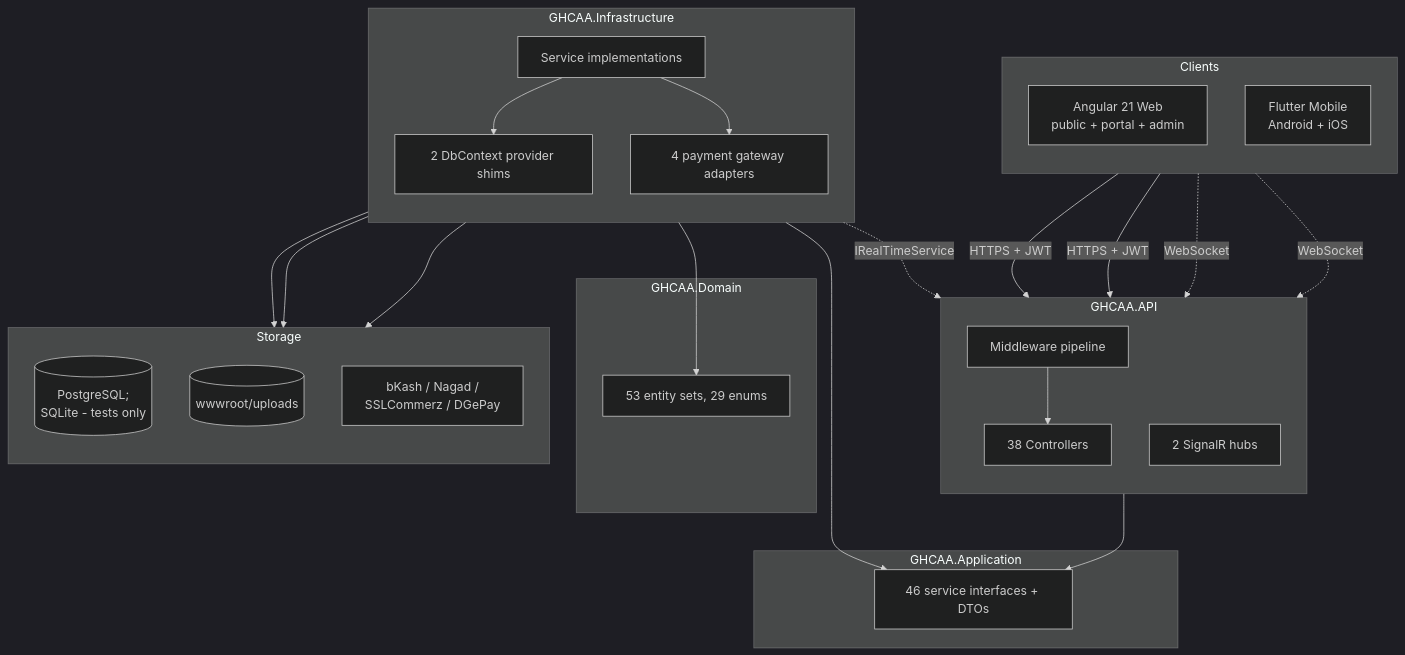
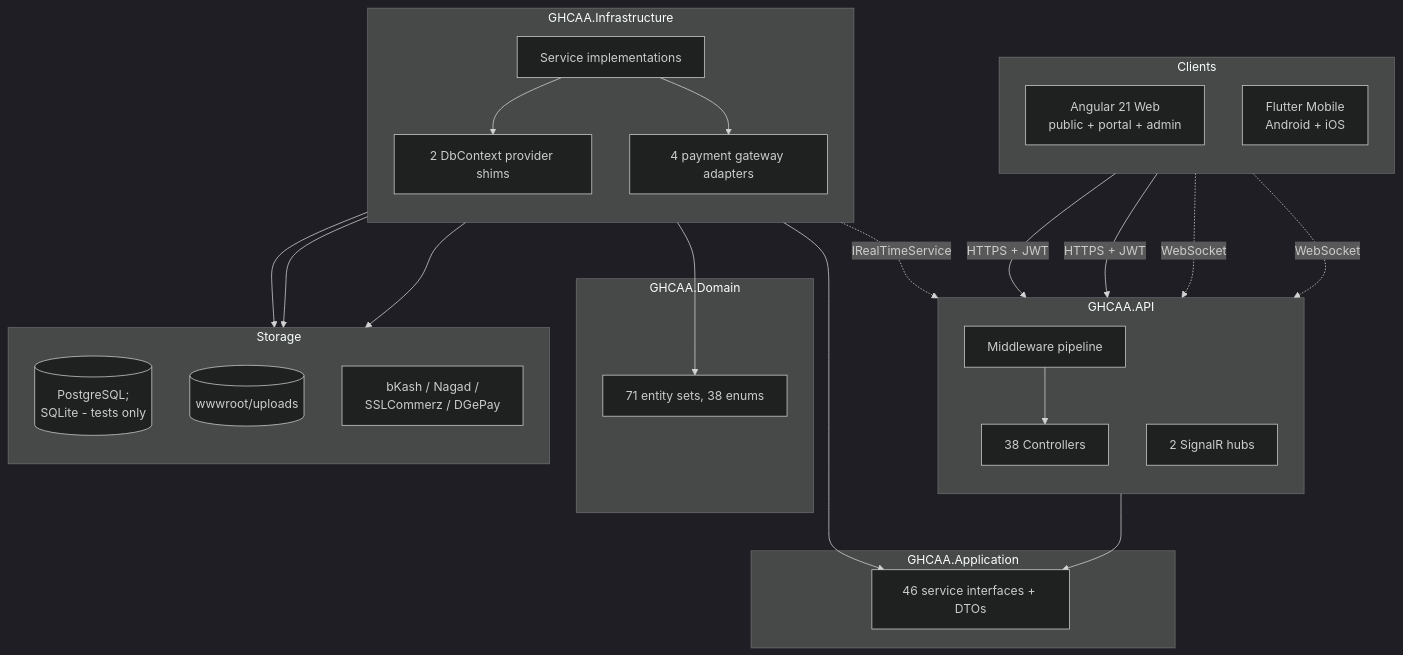
Before and after one commit to shalin-rahman/GHCAA: the first of 13 diagrams in docs/book/06-architecture.md, drawn with Mermaid (dark theme). The commit also changed other lines of this file and 12 other files, not shown here.

````diff
--- a/docs/book/06-architecture.md
+++ b/docs/book/06-architecture.md
@@ -626,44 +626,44 @@
 ```mermaid
 flowchart TB
     subgraph Clients
       direction TB
       WEB[Angular 21 Web<br/>public + portal + admin]
       MOB[Flutter Mobile<br/>Android + iOS]
     end
     subgraph API_L["GHCAA.API"]
       direction TB
       MW[Middleware pipeline]
       CTRL[38 Controllers]
       HUB[2 SignalR hubs]
     end
     subgraph APP_L["GHCAA.Application"]
       IFACE[46 service interfaces + DTOs]
     end
     subgraph INF_L["GHCAA.Infrastructure"]
       direction TB
       SVC[Service implementations]
       GW[4 payment gateway adapters]
       DBC[2 DbContext provider shims]
     end
     subgraph DOM_L["GHCAA.Domain"]
-      ENT[53 entity sets, 29 enums]
+      ENT[71 entity sets, 38 enums]
     end
     subgraph STORE["Storage"]
       direction TB
       DB[(PostgreSQL;<br/>SQLite - tests only)]
       FS[(wwwroot/uploads)]
       EXT[bKash / Nagad /<br/>SSLCommerz / DGePay]
     end
     WEB -->|HTTPS + JWT| MW
     MOB -->|HTTPS + JWT| MW
     WEB -.->|WebSocket| HUB
     MOB -.->|WebSocket| HUB
     MW --> CTRL --> IFACE
     SVC --> IFACE
     SVC --> ENT
     SVC --> DBC --> DB
     SVC --> FS
     GW --> EXT
     SVC --> GW
     SVC -.->|IRealTimeService| HUB
 ```
````
